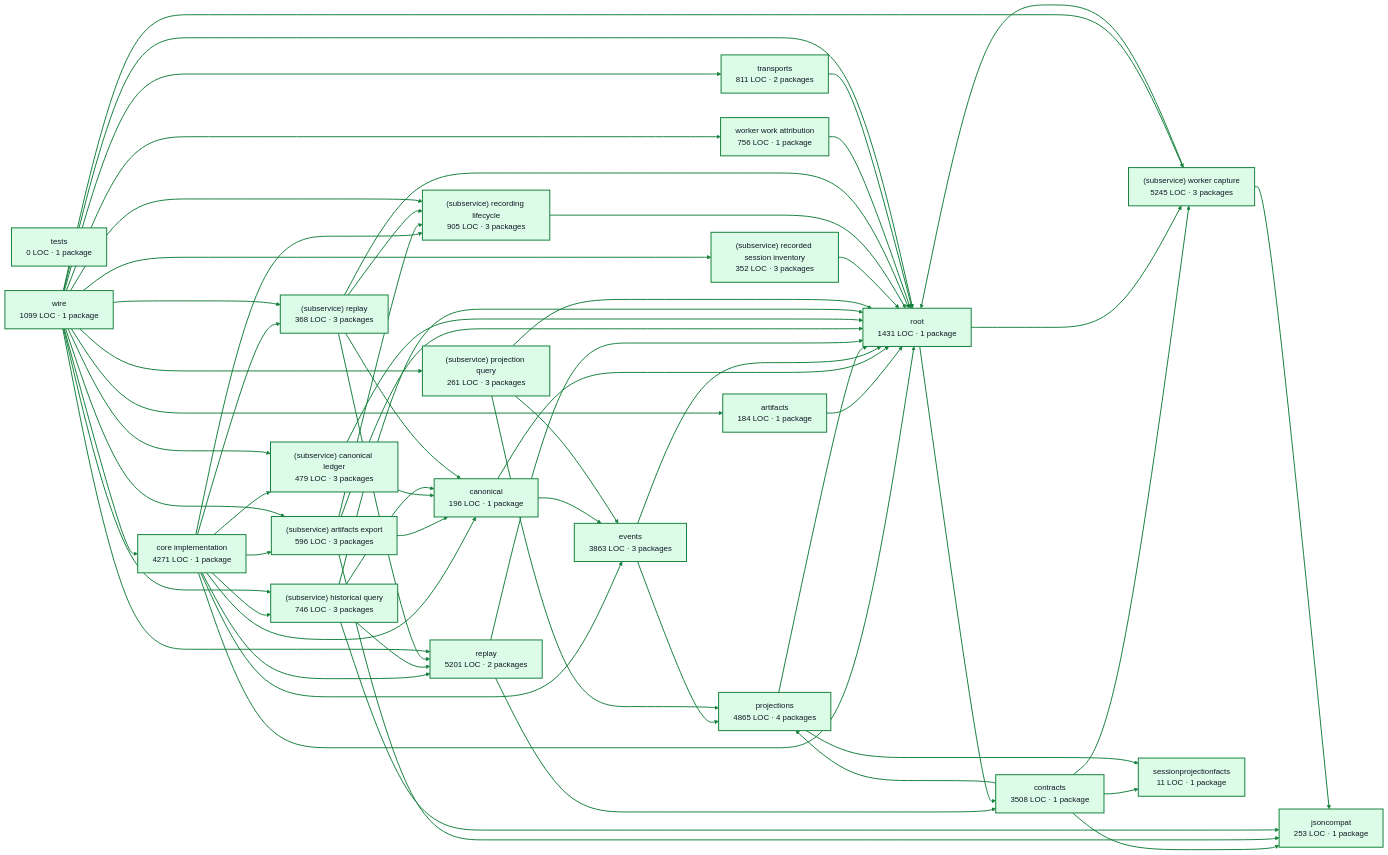
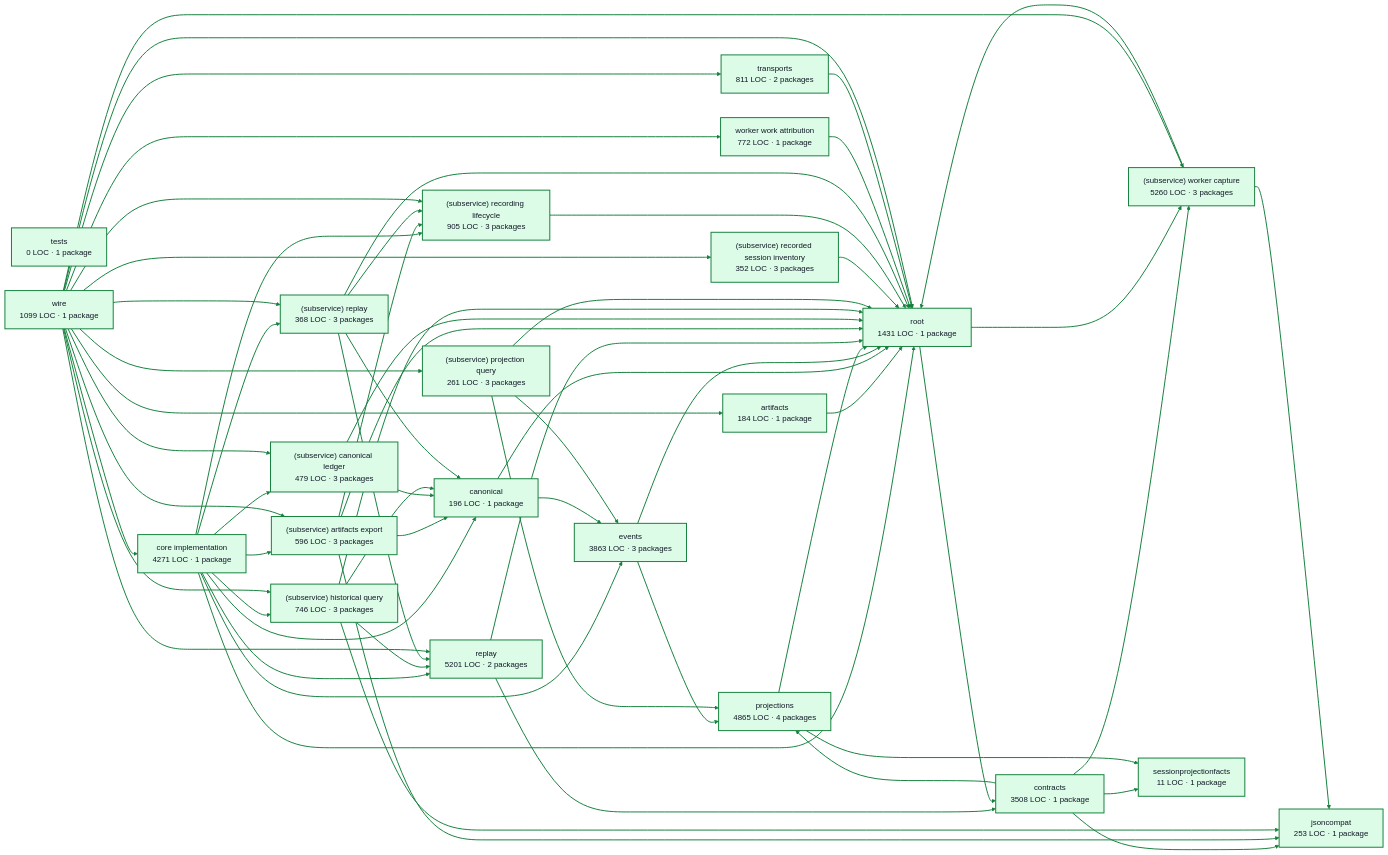
The diagram in docs/architecture/visualizations/services/recordings.md (portpowered/you-agent-factory), drawn with Mermaid before and after one commit. The commit also changed other lines of this file and 20 other files, not shown here.

Commit message:
docs: refresh backend architecture visualizations

```diff
--- a/docs/architecture/visualizations/services/recordings.md
+++ b/docs/architecture/visualizations/services/recordings.md
@@ -25,10 +25,10 @@
   p12["(subservice) recorded session inventory<br/>352 LOC · 3 packages"]
   p13["(subservice) recording lifecycle<br/>905 LOC · 3 packages"]
   p14["(subservice) replay<br/>368 LOC · 3 packages"]
-  p15["(subservice) worker capture<br/>5245 LOC · 3 packages"]
+  p15["(subservice) worker capture<br/>5260 LOC · 3 packages"]
   p16["sessionprojectionfacts<br/>11 LOC · 1 package"]
   p17["tests<br/>0 LOC · 1 package"]
-  p18["worker work attribution<br/>756 LOC · 1 package"]
+  p18["worker work attribution<br/>772 LOC · 1 package"]
   p19["root<br/>1431 LOC · 1 package"]
   p20["transports<br/>811 LOC · 2 packages"]
   p21["wire<br/>1099 LOC · 1 package"]
```
